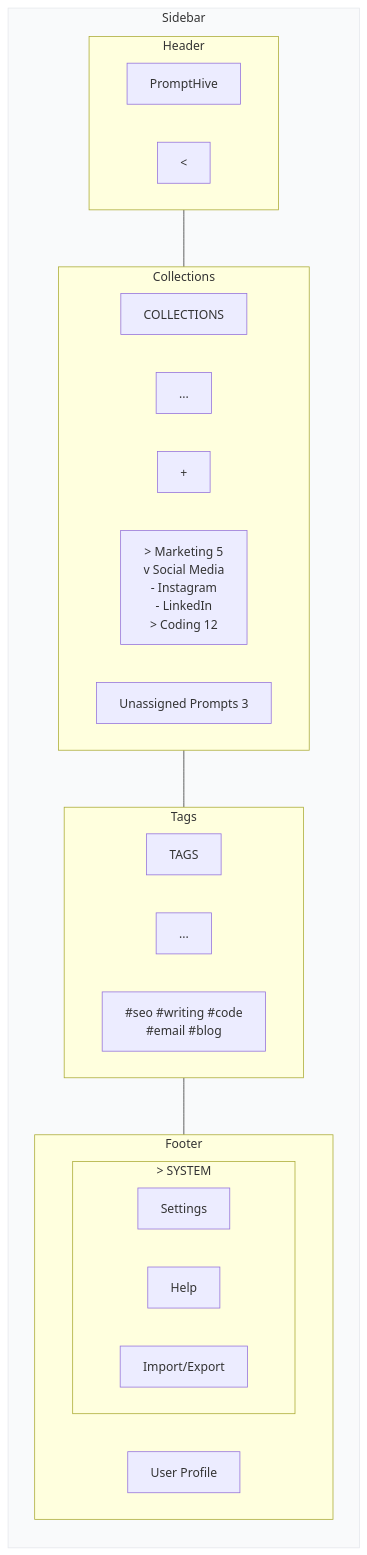
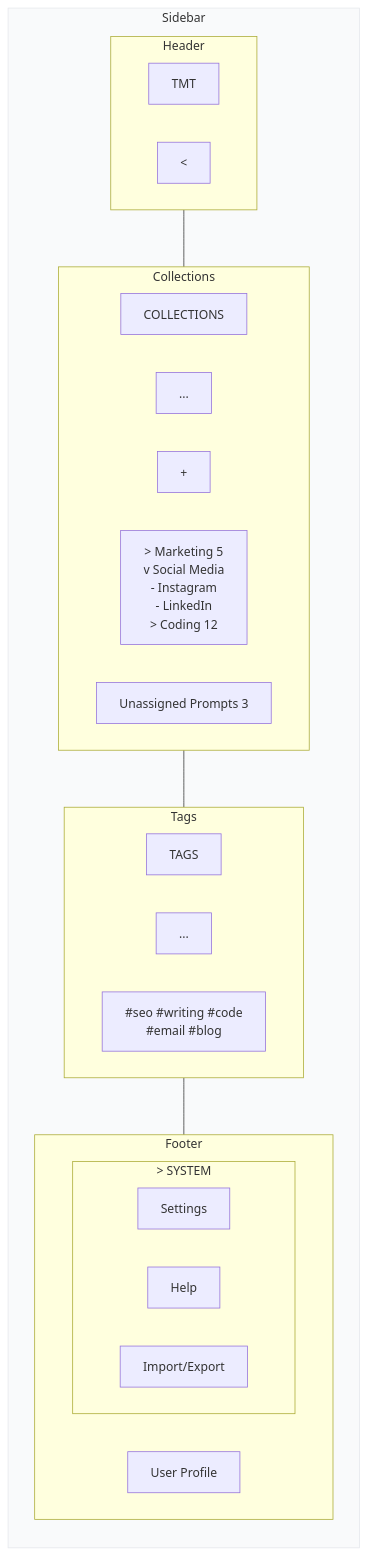
One commit to jovd83/prompthive changed the diagram in docs/wireframes/collection_sidebar_update.mmd. Above: the diagram before and after it, drawn with Mermaid. The commit also changed 142 other files, not shown here.

First line of the commit message:
feat: modularize architecture, implement DTOs and streaming exports

```diff
--- a/docs/wireframes/collection_sidebar_update.mmd
+++ b/docs/wireframes/collection_sidebar_update.mmd
@@ -1,36 +1,36 @@
 graph TD
     subgraph Sidebar [Sidebar]
         direction TB
         
         subgraph Header
-            Logo[PromptHive]
+            Logo[TMT]
             Collapse[<]
         end
         
         subgraph Collections
             CTitle[COLLECTIONS]
             CSort[...]
             CAdd[+]
             CTree[> Marketing 5 <br/> v Social Media <br/> - Instagram <br/> - LinkedIn <br/> > Coding 12]
             CUnassigned[Unassigned Prompts 3]
         end
         
         subgraph Tags
             TTitle[TAGS]
             TSort[...]
             TCloud[#seo #writing #code <br/> #email #blog]
         end
         
         subgraph Footer
             subgraph System [ > SYSTEM ]
                 Settings[Settings]
                 Help[Help]
                 Import[Import/Export]
             end
             Profile[User Profile]
         end
         
         Header --- Collections --- Tags --- Footer
     end
     
     style Sidebar fill:#f9fafb,stroke:#e5e7eb
```
